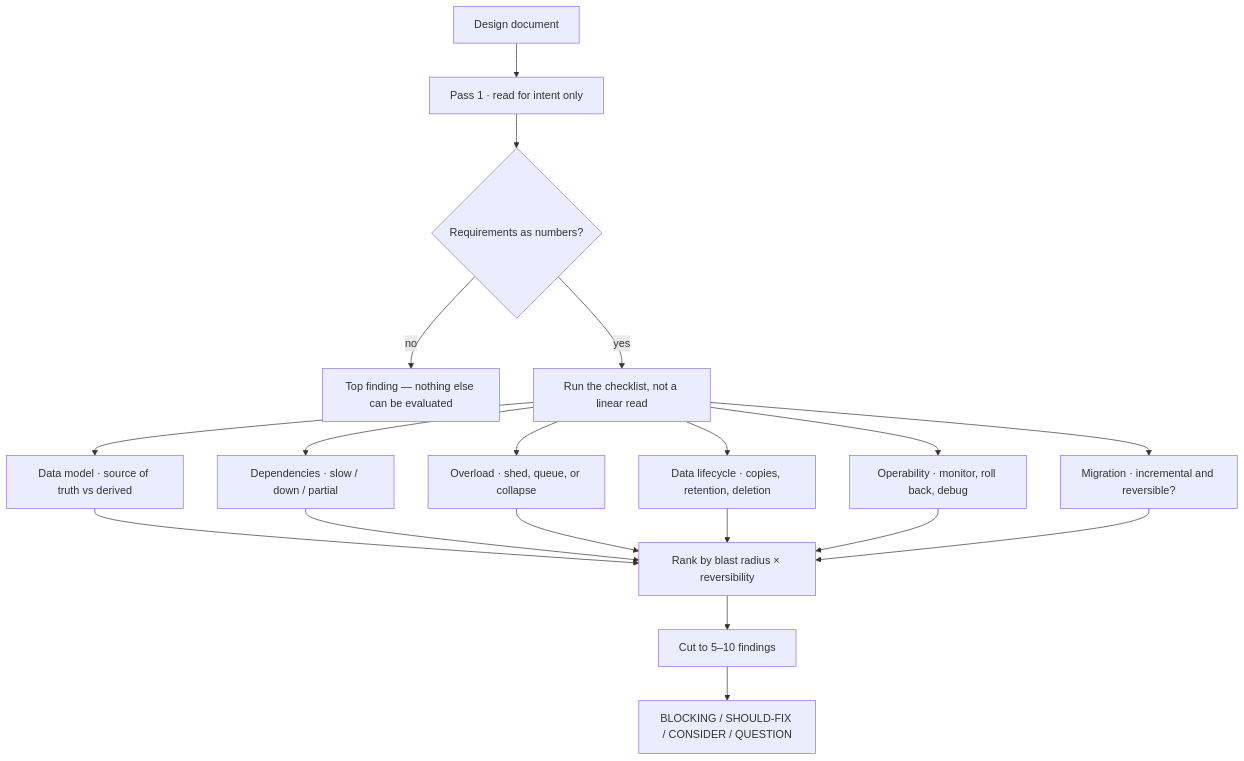
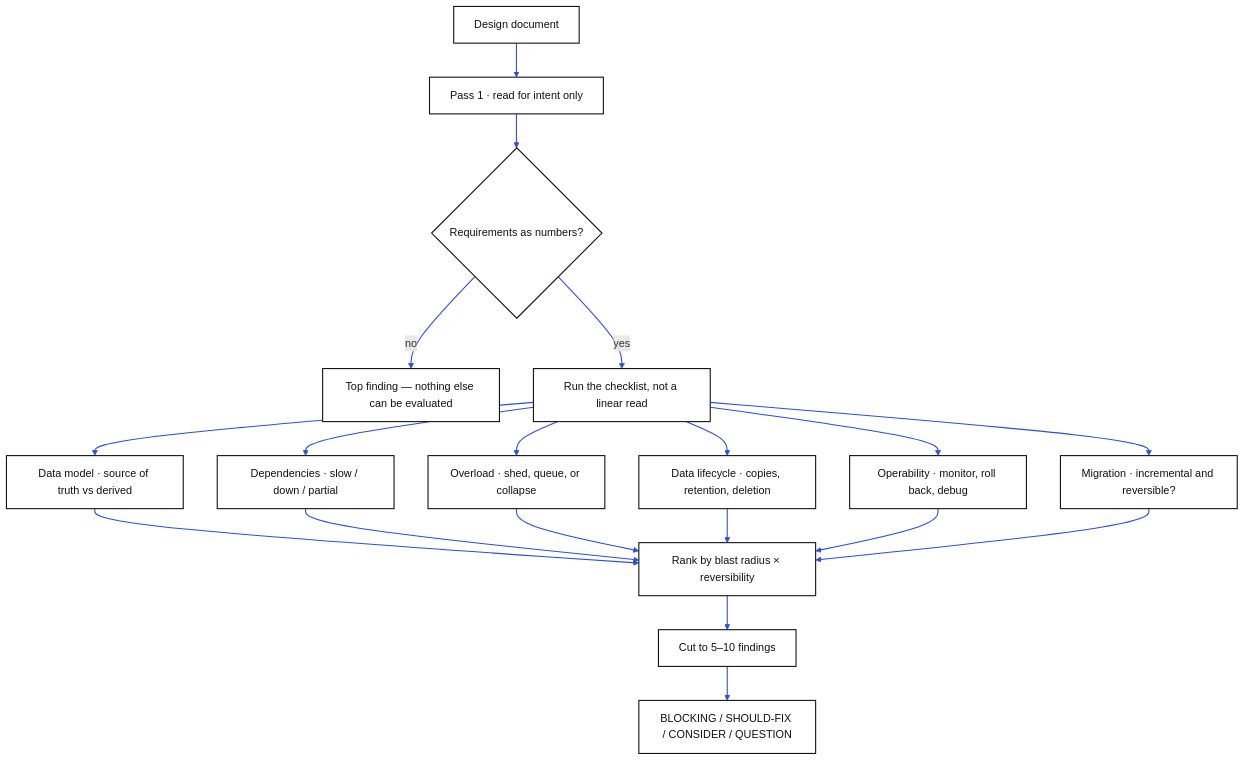
The diagram in diagrams-src/design-doc-review/architecture.mmd (kkanakka/kkanakka.github.io), drawn with Mermaid before and after one commit. The commit also changed 115 other files, not shown here.

First line of the commit message:
Restyle architecture diagrams: black on white, blue sync, purple async

```diff
--- a/diagrams-src/design-doc-review/architecture.mmd
+++ b/diagrams-src/design-doc-review/architecture.mmd
@@ -1,21 +1,25 @@
 %% section: Design
 %% caption: Architecture
 flowchart TB
     DOC["Design document"] --> INTENT["Pass 1 · read for intent only"]
     INTENT --> NUM{"Requirements as numbers?"}
     NUM -->|"no"| F0["Top finding — nothing else can be evaluated"]
     NUM -->|"yes"| CHK["Run the checklist, not a linear read"]
     CHK --> C1["Data model · source of truth vs derived"]
     CHK --> C2["Dependencies · slow / down / partial"]
     CHK --> C3["Overload · shed, queue, or collapse"]
     CHK --> C4["Data lifecycle · copies, retention, deletion"]
     CHK --> C5["Operability · monitor, roll back, debug"]
     CHK --> C6["Migration · incremental and reversible?"]
     C1 --> RANK["Rank by blast radius × reversibility"]
     C2 --> RANK
     C3 --> RANK
     C4 --> RANK
     C5 --> RANK
     C6 --> RANK
     RANK --> CUT["Cut to 5–10 findings"]
     CUT --> OUT["BLOCKING / SHOULD-FIX / CONSIDER / QUESTION"]
+%% --- style (generated by scripts/style-flowcharts.js) ---
+    classDef n fill:#ffffff,stroke:#111111,stroke-width:1.6px,color:#111111;
+    class DOC,INTENT,NUM,F0,CHK,C1,C2,C3,C4,C5,C6,RANK,CUT,OUT n;
+    linkStyle 0,1,2,3,4,5,6,7,8,9,10,11,12,13,14,15,16,17 stroke:#2f4fd0,stroke-width:1.6px;
```
